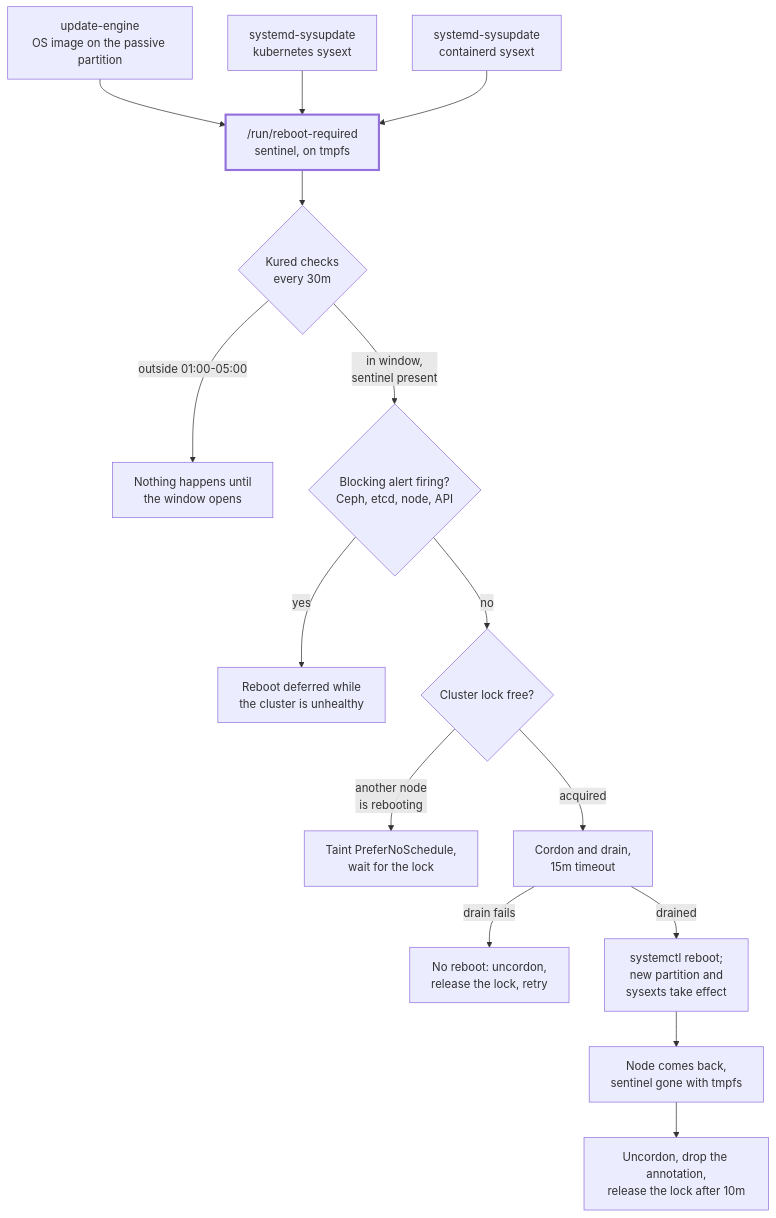
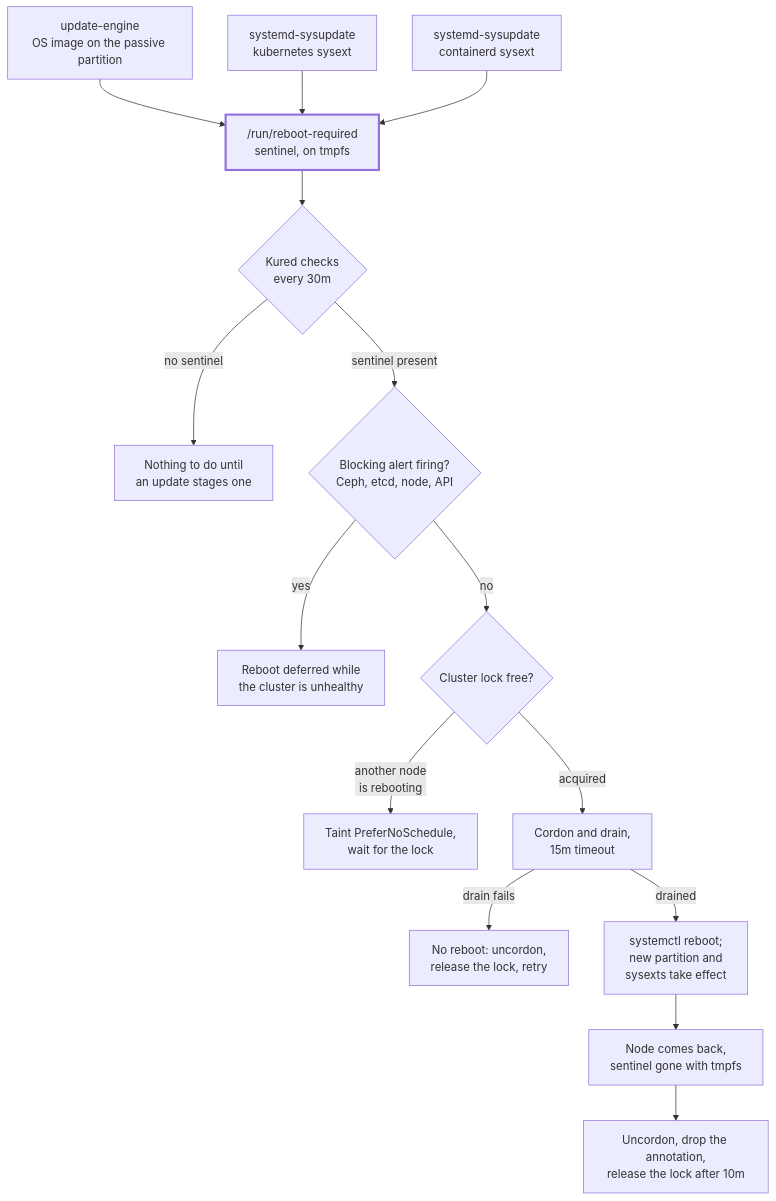
The diagram in docs/platform/kured.md (JanWelker/homelab), drawn with Mermaid before and after one commit. The commit also changed other lines of this file and 4 other files, not shown here.

````diff
--- a/docs/platform/kured.md
+++ b/docs/platform/kured.md
@@ -58,21 +58,21 @@
 ```mermaid
 flowchart TD
     OS["update-engine<br/>OS image on the passive partition"] --> SEN
     KUBE["systemd-sysupdate<br/>kubernetes sysext"] --> SEN
     CTR["systemd-sysupdate<br/>containerd sysext"] --> SEN
 
     SEN["/run/reboot-required<br/>sentinel, on tmpfs"] --> TICK{"Kured checks<br/>every 30m"}
 
-    TICK -->|"outside 01:00-05:00"| SLEEP["Nothing happens until<br/>the window opens"]
-    TICK -->|"in window,<br/>sentinel present"| ALERT{"Blocking alert firing?<br/>Ceph, etcd, node, API"}
+    TICK -->|"no sentinel"| SLEEP["Nothing to do until<br/>an update stages one"]
+    TICK -->|"sentinel present"| ALERT{"Blocking alert firing?<br/>Ceph, etcd, node, API"}
     ALERT -->|"yes"| HELD["Reboot deferred while<br/>the cluster is unhealthy"]
     ALERT -->|"no"| LOCK{"Cluster lock free?"}
     LOCK -->|"another node<br/>is rebooting"| TAINT["Taint PreferNoSchedule,<br/>wait for the lock"]
     LOCK -->|"acquired"| DRAIN["Cordon and drain,<br/>15m timeout"]
     DRAIN -->|"drain fails"| GIVEUP["No reboot: uncordon,<br/>release the lock, retry"]
     DRAIN -->|"drained"| BOOT["systemctl reboot;<br/>new partition and<br/>sysexts take effect"]
     BOOT --> UP["Node comes back,<br/>sentinel gone with tmpfs"]
     UP --> DONE["Uncordon, drop the annotation,<br/>release the lock after 10m"]
 
     style SEN stroke-width:3px
 ```
````
